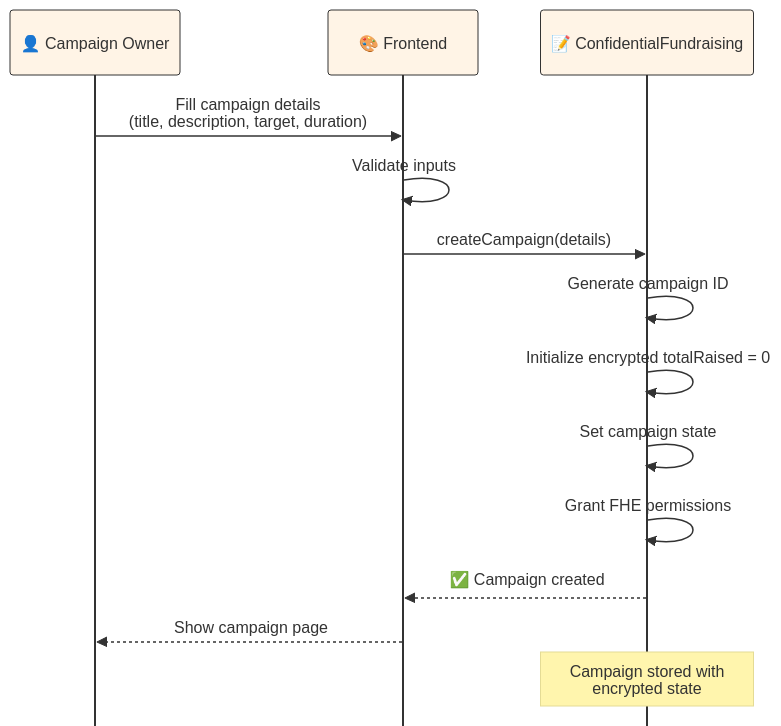
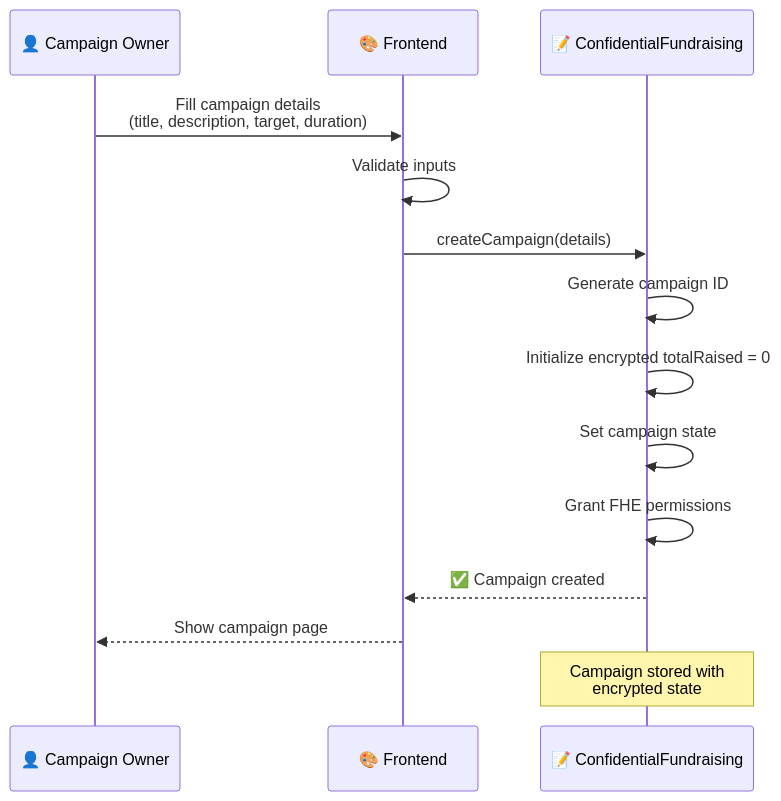
The third of 8 diagrams in README.md (cris-the-dev/confidental-fundraising), drawn with Mermaid before and after one commit. The commit also changed other lines of this file, not shown here.

Commit message:
chore(): update mermaid diagrams style

````diff
--- a/README.md
+++ b/README.md
@@ -144,20 +140,18 @@
 ```mermaid
-%%{init: {'theme':'base', 'themeVariables': {'primaryColor':'#fff4e6','primaryTextColor':'#333','primaryBorderColor':'#333','lineColor':'#666','fontFamily':'Comic Sans MS, cursive, sans-serif'},'sequence':{'mirrorActors':false}}}%%
-
 sequenceDiagram
     participant U as 👤 Campaign Owner
     participant F as 🎨 Frontend
     participant CF as 📝 ConfidentialFundraising
 
     U->>F: Fill campaign details<br/>(title, description, target, duration)
     F->>F: Validate inputs
     F->>CF: createCampaign(details)
     CF->>CF: Generate campaign ID
     CF->>CF: Initialize encrypted totalRaised = 0
     CF->>CF: Set campaign state
     CF->>CF: Grant FHE permissions
     CF-->>F: ✅ Campaign created
     F-->>U: Show campaign page
 
     Note over CF: Campaign stored with<br/>encrypted state
 ```
````
